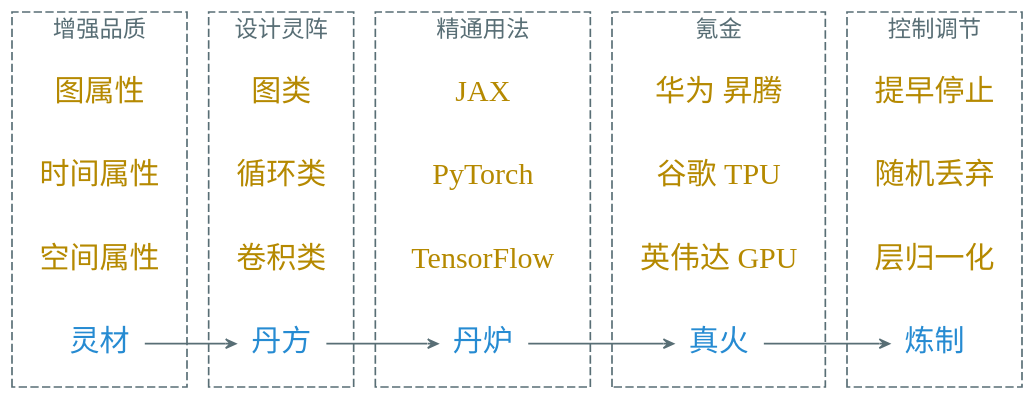
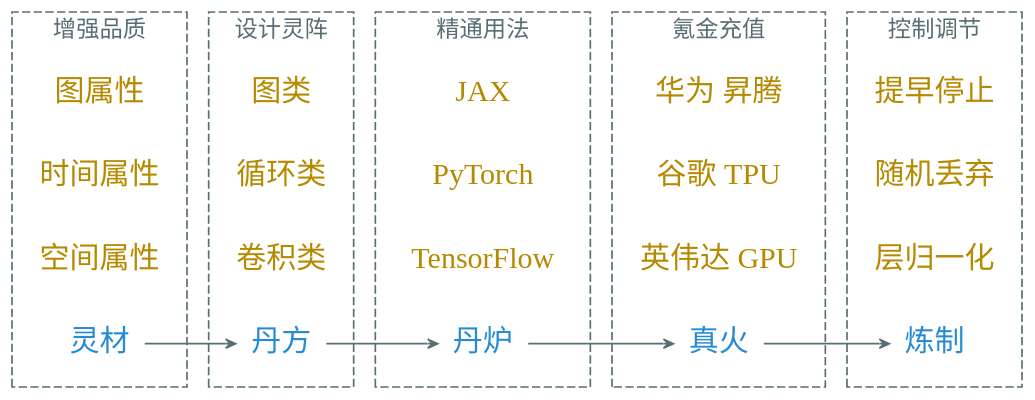
Before and after one commit to Avanti1980/course-ml: the diagram in dot/alchemy.dot, drawn with Graphviz. The commit also changed 1 other file, not shown here.

```diff
--- a/dot/alchemy.dot
+++ b/dot/alchemy.dot
@@ -1,79 +1,79 @@
 digraph g {
     bgcolor=transparent
     graph [nodesep=0.2, ranksep=0.4]
     rankdir=LR
     node [shape=plaintext, color="#586e75", fontname="Ysabeau, LXGWSong", fontcolor="#b58900", fontsize=18]
     edge [arrowhead=vee, color="#586e75", fontname="Ysabeau, LXGWSong", fontcolor="#268bd2", fontsize=14, arrowsize=0.6]
 
     subgraph cluster_1 {
         color="#586e75"
         fontcolor="#586e75"
         style="dashed"
         fontname="Ysabeau, LXGWSong"
         label="增强品质"
 
         图属性 时间属性 空间属性
 
         node [fontcolor="#268bd2"]
 
         灵材
     }
 
     subgraph cluster_2 {
         color="#586e75"
         fontcolor="#586e75"
         style="dashed"
         fontname="Ysabeau, LXGWSong"
         label="设计灵阵"
 
         图类 循环类 卷积类
 
         node [fontcolor="#268bd2"]
 
         丹方
     }
 
     subgraph cluster_3 {
         color="#586e75"
         fontcolor="#586e75"
         style="dashed"
         fontname="Ysabeau, LXGWSong"
         label="精通用法"
 
         JAX PyTorch TensorFlow
 
         node [fontcolor="#268bd2"]
 
         丹炉
     }
 
     subgraph cluster_4 {
         color="#586e75"
         fontcolor="#586e75"
         style="dashed"
         fontname="Ysabeau, LXGWSong"
-        label="氪金"
+        label="氪金充值"
 
         "华为 昇腾" "谷歌 TPU" "英伟达 GPU"
 
         node [fontcolor="#268bd2"]
 
         真火
     }
 
     subgraph cluster_5 {
         color="#586e75"
         fontcolor="#586e75"
         style="dashed"
         fontname="Ysabeau, LXGWSong"
         label="控制调节"
 
         提早停止 随机丢弃 层归一化
 
         node [fontcolor="#268bd2"]
 
         炼制
     }
 
     灵材 -> 丹方 -> 丹炉 -> 真火 -> 炼制
 }
```
